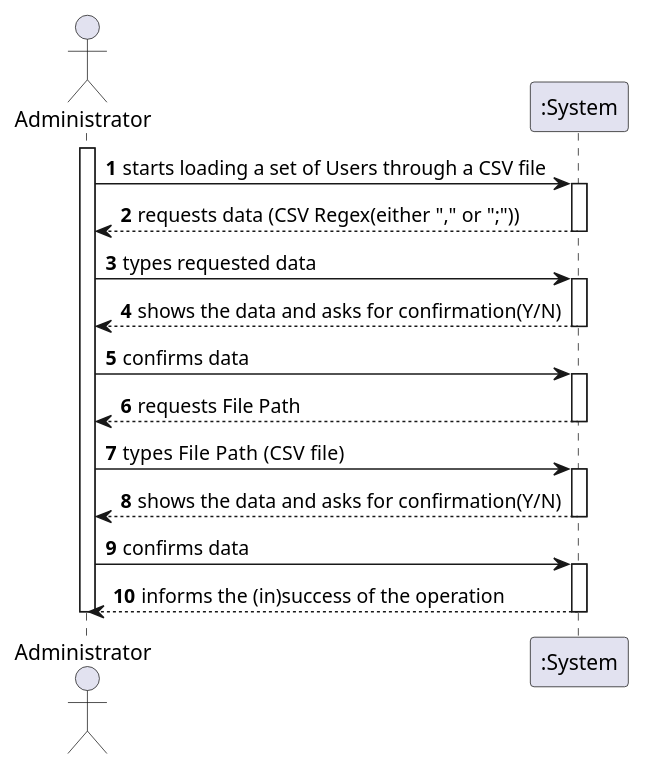
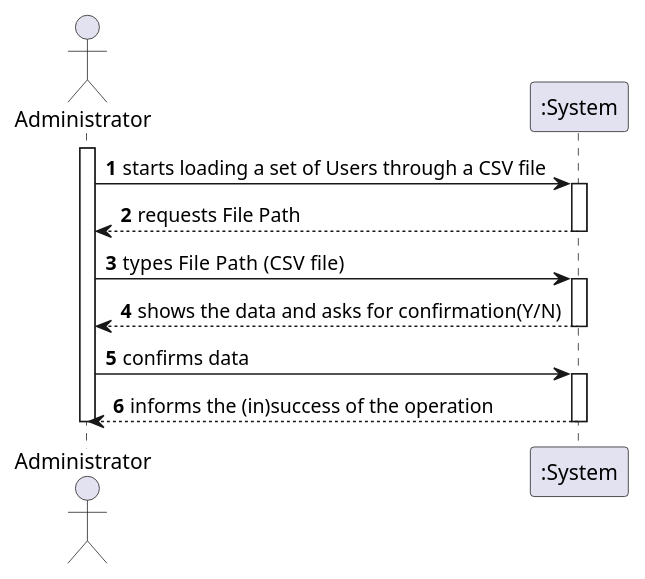
One commit to PedroMesquita1211171/VaccinationManager changed the diagram in docs/SprintC/US/US14/US014_SSD.puml. Above: the diagram before and after it, drawn with PlantUML. The commit also changed 14 other files, not shown here.

```diff
--- a/docs/SprintC/US/US14/US014_SSD.puml
+++ b/docs/SprintC/US/US14/US014_SSD.puml
@@ -1,32 +1,23 @@
 @startuml
 autonumber
 actor "Administrator" as adm
 
 activate adm
 adm -> ":System" : starts loading a set of Users through a CSV file
-activate ":System"
-":System" --> adm : requests data (CSV Regex(either "," or ";"))
-deactivate ":System"
-
-adm -> ":System" : types requested data
-activate ":System"
-":System" --> adm : shows the data and asks for confirmation(Y/N)
-deactivate ":System"
-adm -> ":System" : confirms data
 activate ":System"
 ":System" --> adm : requests File Path
 deactivate ":System"
 
 adm -> ":System" : types File Path  (CSV file)
 activate ":System"
 ":System" --> adm : shows the data and asks for confirmation(Y/N)
 deactivate ":System"
 
 adm -> ":System" : confirms data
 activate ":System"
 ":System" --> adm : informs the (in)success of the operation
 deactivate ":System"
 
 deactivate adm
 
 @enduml
```
